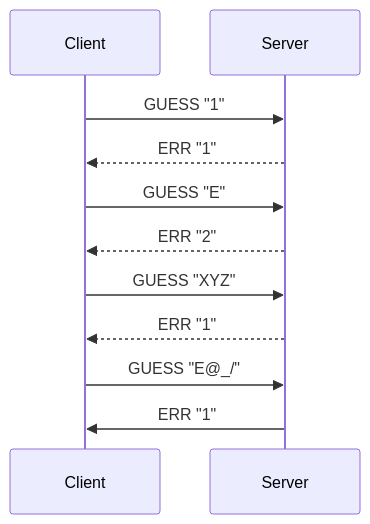
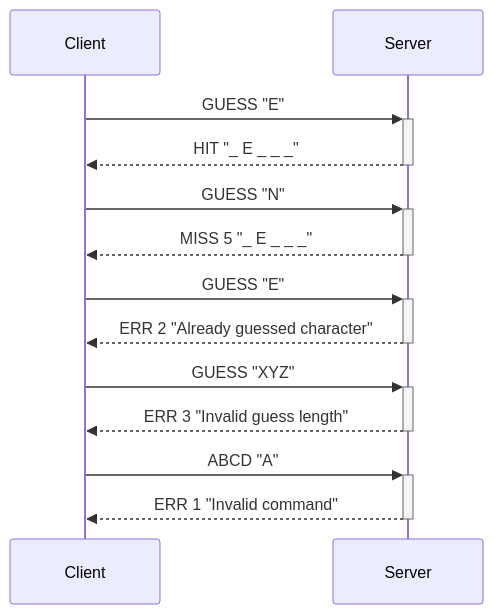
One commit to HumairRomain/DAI-2023-24-Practical-work-2-TCP-Romain-Humair-and-Lucas-Lattion changed the second of 3 diagrams in README.md. Above: the diagram before and after it, drawn with Mermaid. The commit also changed other lines of this file and 3 other files, not shown here.

````diff
--- a/README.md
+++ b/README.md
@@ -117,14 +157,17 @@
 ```mermaid
 sequenceDiagram
-  Client->>Server: GUESS "1"
-  Server-->>Client: ERR "1"
+  Client->>+Server: GUESS "E"
+  Server-->>-Client: HIT "_ E _ _ _"
 
-  Client->>Server: GUESS "E"
-  Server-->>Client: ERR "2"
+  Client->>+Server: GUESS "N"
+  Server-->>-Client: MISS 5 "_ E _ _ _"
 
-  Client->>Server: GUESS "XYZ"
-  Server-->>Client: ERR "1"
+  Client->>+Server: GUESS "E"
+  Server-->>-Client: ERR 2 "Already guessed character"
 
-  Client->>Server: GUESS "E@_/"
-  Server->>Client: ERR "1"
+  Client->>+Server: GUESS "XYZ"
+  Server-->>-Client: ERR 3 "Invalid guess length"
+
+  Client->>+Server: ABCD "A"
+  Server-->>-Client: ERR 1 "Invalid command"
 ```
````
